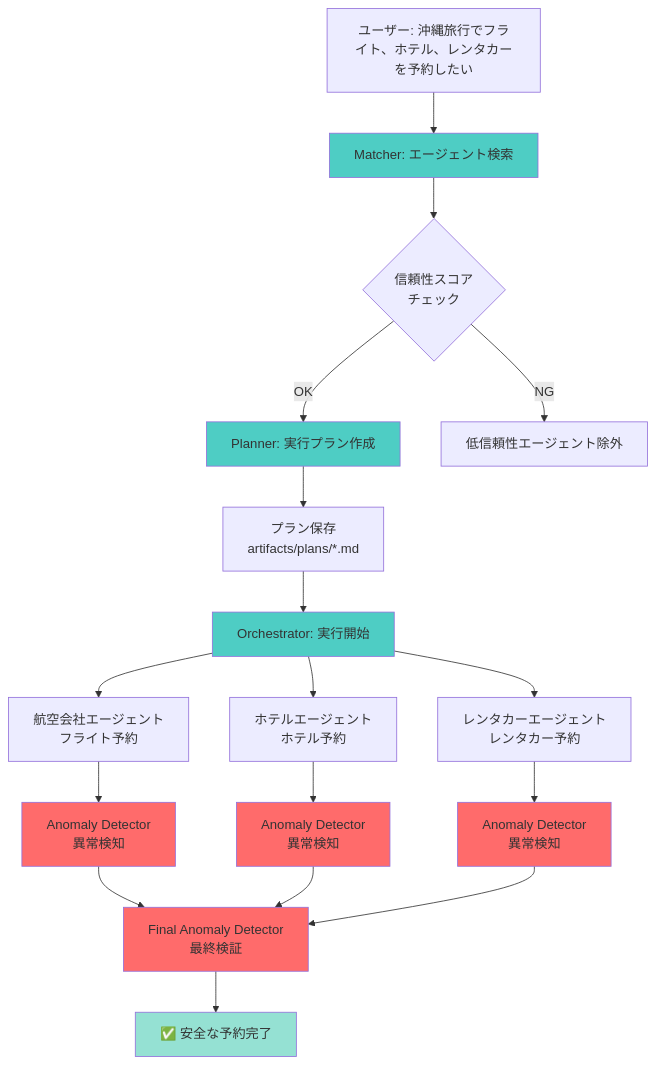
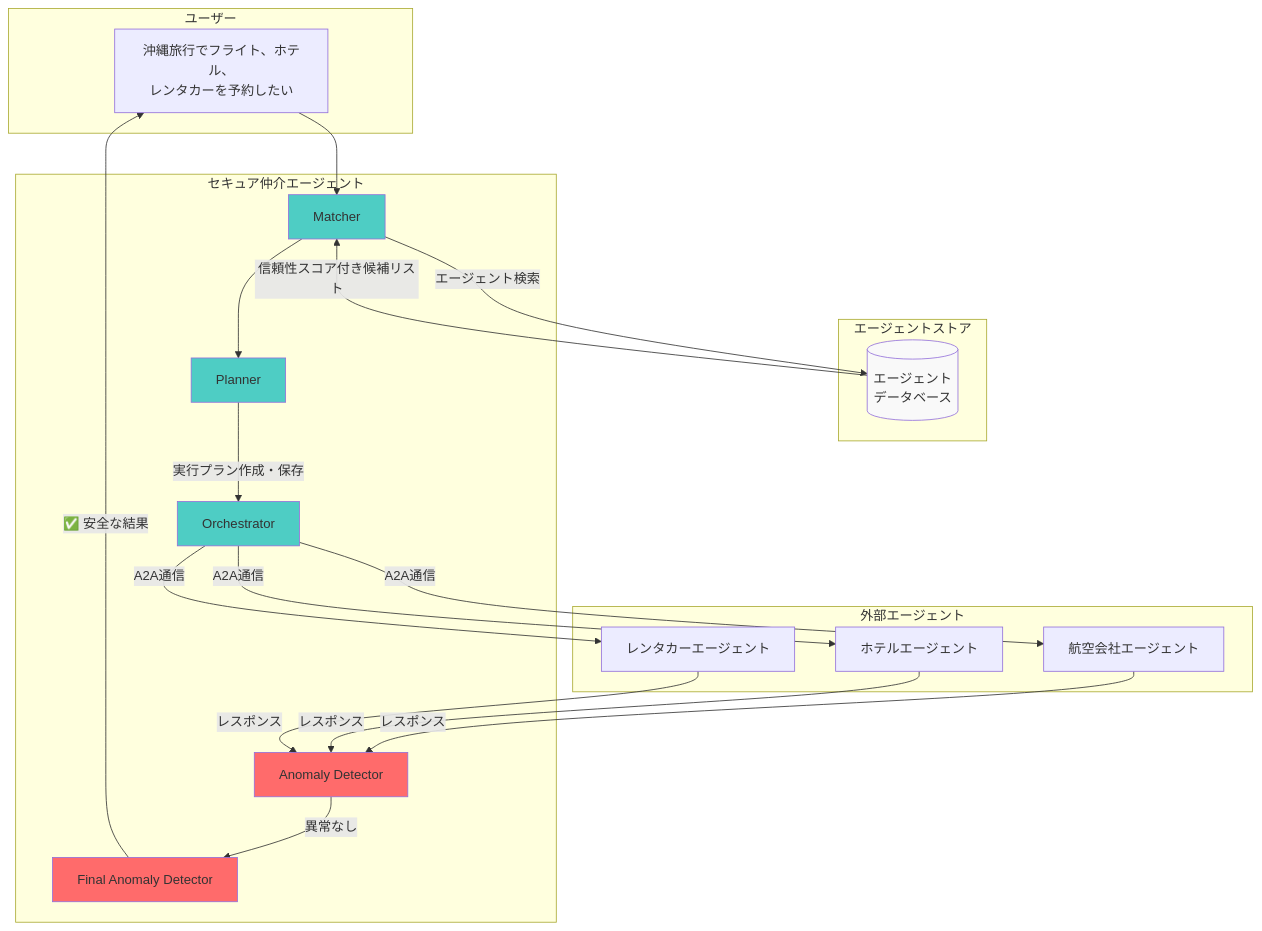
Before and after one commit to TaichiHiromatsu/secure-ai-agent-matching-platform: the first of 2 diagrams in docs/demo/secure_mediation_agent/secure_mediation_agent_demo.md, drawn with Mermaid. The commit also changed other lines of this file, not shown here.

Commit message:
docs: フロー図を改善しエージェントストアとの連携を明確化
- デモ1/デモ2のMermaid図をサブグラフ構成に変更
- エージェントストアからの検索と信頼性スコア付き候補リスト返却を明示
- 異常検知時のエージェントストア上での信頼スコア減点を明示
- プロンプトインジェクション検出を「間接的プロンプトインジェクションを検出」に変更

🤖 Generated with [Claude Code](https://claude.com/claude-code)

````diff
--- a/docs/demo/secure_mediation_agent/secure_mediation_agent_demo.md
+++ b/docs/demo/secure_mediation_agent/secure_mediation_agent_demo.md
@@ -67,33 +67,48 @@
 ```mermaid
 graph TB
-    Start[ユーザー: 沖縄旅行でフライト、ホテル、レンタカーを予約したい] --> M[Matcher: エージェント検索]
-    M --> T{信頼性スコア<br/>チェック}
-    T -->|OK| P[Planner: 実行プラン作成]
-    T -->|NG| Reject[低信頼性エージェント除外]
+    subgraph User[ユーザー]
+        Start[沖縄旅行でフライト、ホテル、<br/>レンタカーを予約したい]
+    end
 
-    P --> Save[プラン保存<br/>artifacts/plans/*.md]
-    Save --> O[Orchestrator: 実行開始]
+    subgraph Store[エージェントストア]
+        S[(エージェント<br/>データベース)]
+    end
 
-    O --> A1[航空会社エージェント<br/>フライト予約]
-    O --> A2[ホテルエージェント<br/>ホテル予約]
-    O --> A3[レンタカーエージェント<br/>レンタカー予約]
+    subgraph Mediation[セキュア仲介エージェント]
+        M[Matcher]
+        P[Planner]
+        O[Orchestrator]
+        AD[Anomaly Detector]
+        FAD[Final Anomaly Detector]
+    end
 
-    A1 --> Check1[Anomaly Detector<br/>異常検知]
-    A2 --> Check2[Anomaly Detector<br/>異常検知]
-    A3 --> Check3[Anomaly Detector<br/>異常検知]
+    subgraph External[外部エージェント]
+        A1[航空会社エージェント]
+        A2[ホテルエージェント]
+        A3[レンタカーエージェント]
+    end
 
-    Check1 --> Final[Final Anomaly Detector<br/>最終検証]
-    Check2 --> Final
-    Check3 --> Final
+    Start --> M
+    M -->|エージェント検索| S
+    S -->|信頼性スコア付き候補リスト| M
+    M --> P
+    P -->|実行プラン作成・保存| O
 
-    Final --> Result[✅ 安全な予約完了]
+    O -->|A2A通信| A1
+    O -->|A2A通信| A2
+    O -->|A2A通信| A3
+
+    A1 -->|レスポンス| AD
+    A2 -->|レスポンス| AD
+    A3 -->|レスポンス| AD
+
+    AD -->|異常なし| FAD
+    FAD -->|✅ 安全な結果| Start
 
     style M fill:#4ecdc4
     style P fill:#4ecdc4
     style O fill:#4ecdc4
-    style Check1 fill:#ff6b6b
-    style Check2 fill:#ff6b6b
-    style Check3 fill:#ff6b6b
-    style Final fill:#ff6b6b
-    style Result fill:#95e1d3
+    style AD fill:#ff6b6b
+    style FAD fill:#ff6b6b
+    style S fill:#f9f9f9
 ```
````
